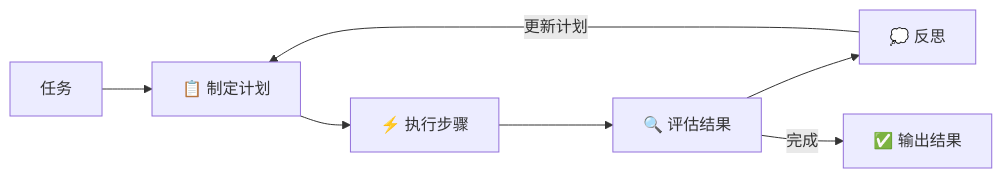
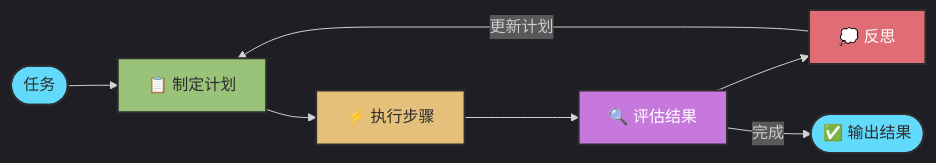
The ninth of 9 diagrams in docs/ch02-concepts/part-2-concepts.md (zht043/AgenticCodingTutorial), drawn with Mermaid before and after one commit. The commit also changed other lines of this file and 53 other files, not shown here.

First line of the commit message:
feat: 重构文档结构，新增章节并优化 mermaid 图表

````diff
--- a/docs/ch02-concepts/part-2-concepts.md
+++ b/docs/ch02-concepts/part-2-concepts.md
@@ -472,9 +372,20 @@
 ```mermaid
+---
+config:
+  theme: dark
+---
 flowchart LR
-    Task[任务] --> Plan["📋 制定计划"]
-    Plan --> Exec["⚡ 执行步骤"]
-    Exec --> Eval["🔍 评估结果"]
-    Eval --> Reflect["💭 反思"]
+    classDef task fill:#61dafb,stroke:#2d2d2d,stroke-width:2px,color:#2d2d2d
+    classDef plan fill:#98c379,stroke:#2d2d2d,stroke-width:2px,color:#2d2d2d
+    classDef exec fill:#e5c07b,stroke:#2d2d2d,stroke-width:2px,color:#2d2d2d
+    classDef eval fill:#c678dd,stroke:#2d2d2d,stroke-width:2px,color:#fff
+    classDef reflect fill:#e06c75,stroke:#2d2d2d,stroke-width:2px,color:#fff
+    classDef done fill:#61dafb,stroke:#2d2d2d,stroke-width:2px,color:#2d2d2d
+
+    Task([任务]):::task --> Plan["📋 制定计划"]:::plan
+    Plan --> Exec["⚡ 执行步骤"]:::exec
+    Exec --> Eval["🔍 评估结果"]:::eval
+    Eval --> Reflect["💭 反思"]:::reflect
     Reflect -->|更新计划| Plan
-    Eval -->|完成| Done["✅ 输出结果"]
+    Eval -->|完成| Done([✅ 输出结果]):::done
 ```
````
